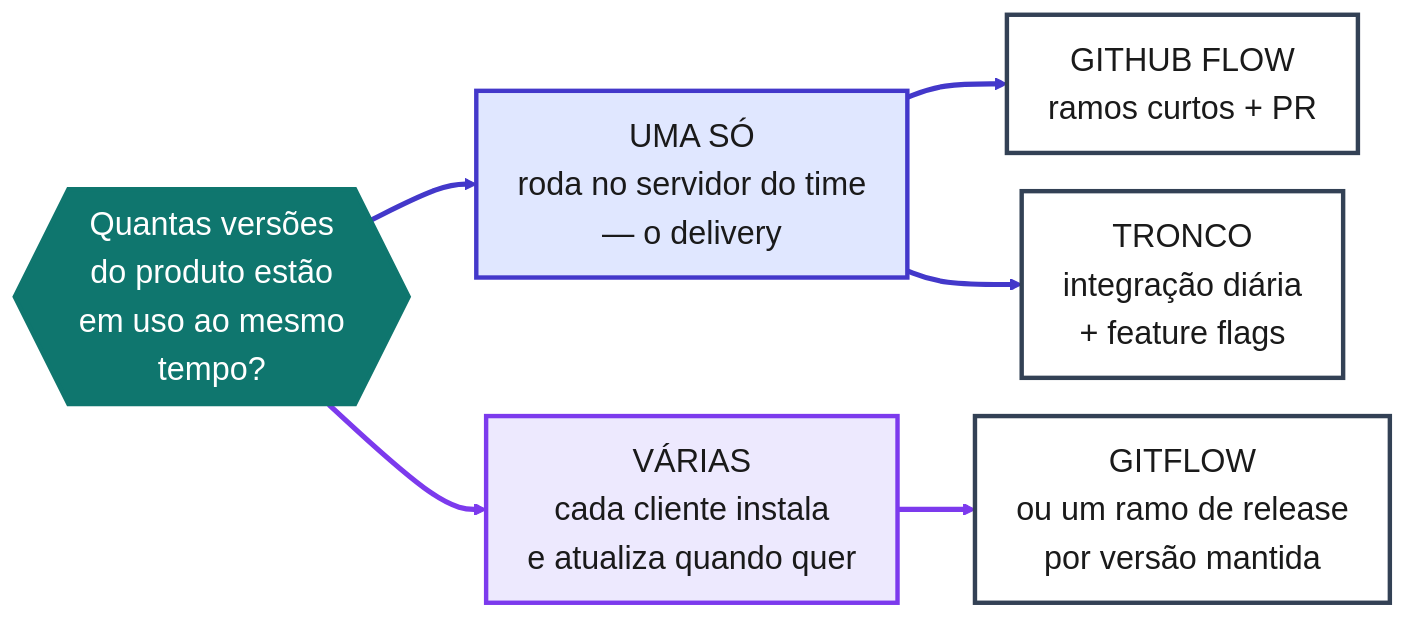
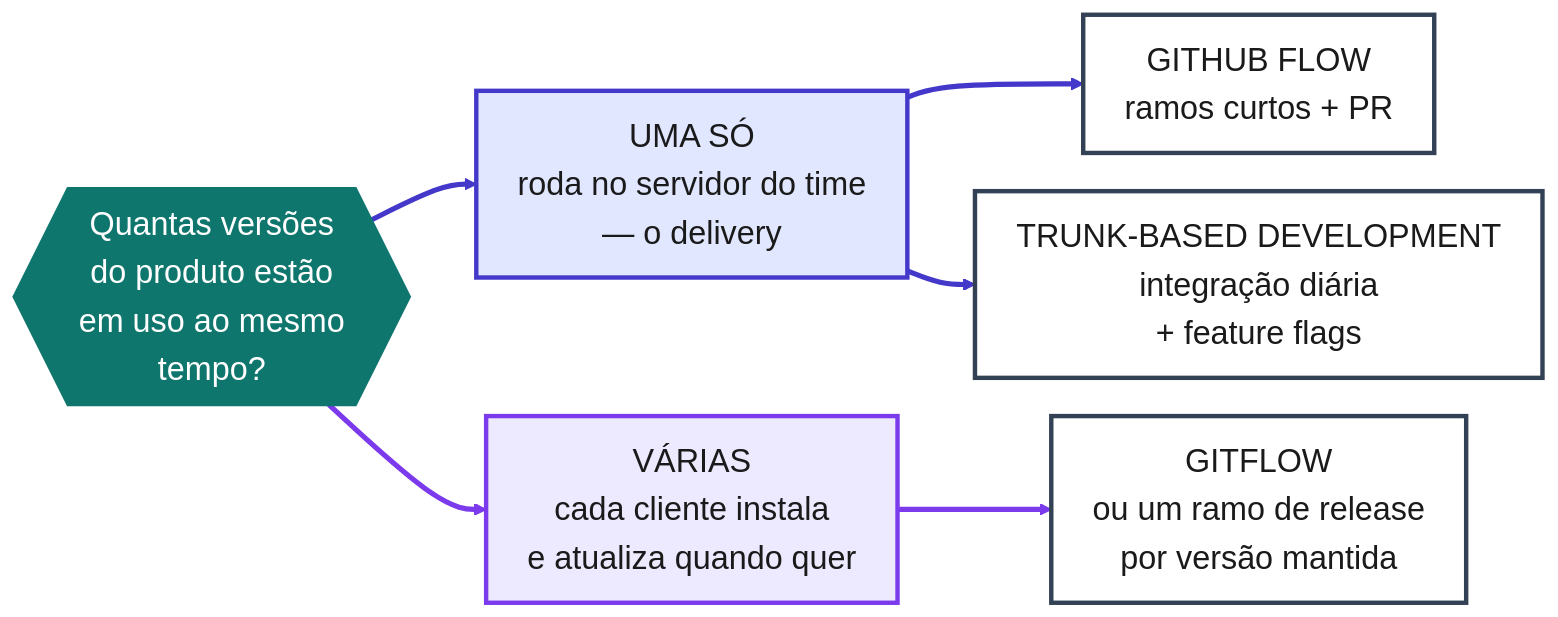
One commit to jreluiz/curso-projeto-software changed the diagram in bloco-3-do-codigo-a-producao/aula-09-controle-de-versao-e-configuracao/apresentacao/img/tres-estrategias.mmd. Above: the diagram before and after it, drawn with Mermaid. The commit also changed 9 other files, not shown here.

```diff
--- a/bloco-3-do-codigo-a-producao/aula-09-controle-de-versao-e-configuracao/apresentacao/img/tres-estrategias.mmd
+++ b/bloco-3-do-codigo-a-producao/aula-09-controle-de-versao-e-configuracao/apresentacao/img/tres-estrategias.mmd
@@ -1,42 +1,42 @@
 ---
 config:
   theme: base
   fontFamily: "Helvetica Neue, Helvetica, Arial, sans-serif"
   themeVariables:
     fontSize: 22px
     lineColor: "#334155"
     primaryColor: "#e7f2f0"
     primaryTextColor: "#1a1a1a"
     primaryBorderColor: "#0f766e"
     edgeLabelBackground: "#fdfdfb"
     clusterBkg: "#f8fafc"
     clusterBorder: "#94a3b8"
   flowchart:
     nodeSpacing: 26
     rankSpacing: 46
     padding: 14
     wrappingWidth: 600
 ---
 flowchart LR
     Q{{"Quantas versões<br/>do produto estão<br/>em uso ao mesmo<br/>tempo?"}}
     U["UMA SÓ<br/>roda no servidor do time<br/>— o delivery"]
     V["VÁRIAS<br/>cada cliente instala<br/>e atualiza quando quer"]
     GH["GITHUB FLOW<br/>ramos curtos + PR"]
-    TR["TRONCO<br/>integração diária<br/>+ feature flags"]
+    TR["TRUNK-BASED DEVELOPMENT<br/>integração diária<br/>+ feature flags"]
     GF["GITFLOW<br/>ou um ramo de release<br/>por versão mantida"]
     Q --> U
     Q --> V
     U --> GH
     U --> TR
     V --> GF
 
     classDef pergunta fill:#0f766e,stroke:#0f766e,stroke-width:3px,color:#ffffff
     classDef uma fill:#e0e7ff,stroke:#4338ca,stroke-width:3px,color:#1a1a1a
     classDef varias fill:#ede9fe,stroke:#7c3aed,stroke-width:3px,color:#1a1a1a
     classDef estrategia fill:#ffffff,stroke:#334155,stroke-width:3px,color:#1a1a1a
     class Q pergunta
     class U uma
     class V varias
     class GH,TR,GF estrategia
     linkStyle 0,2,3 stroke:#4338ca,stroke-width:3.5px
     linkStyle 1,4 stroke:#7c3aed,stroke-width:3.5px
```
